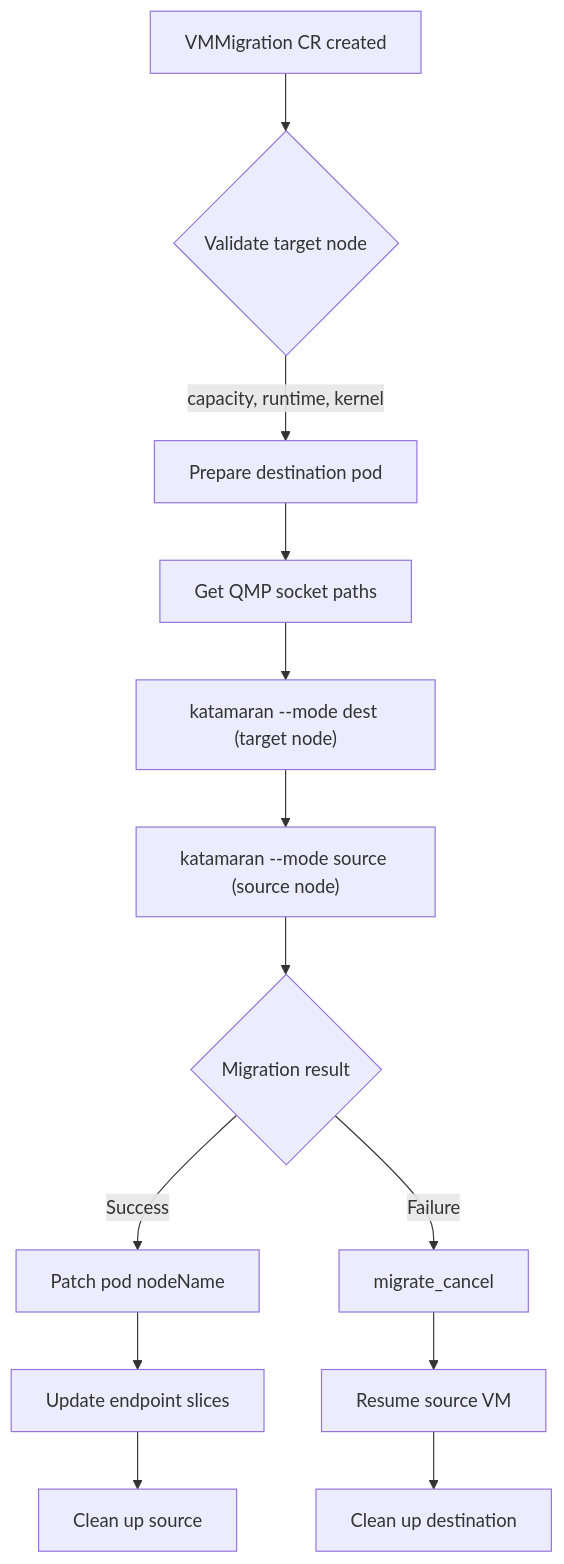
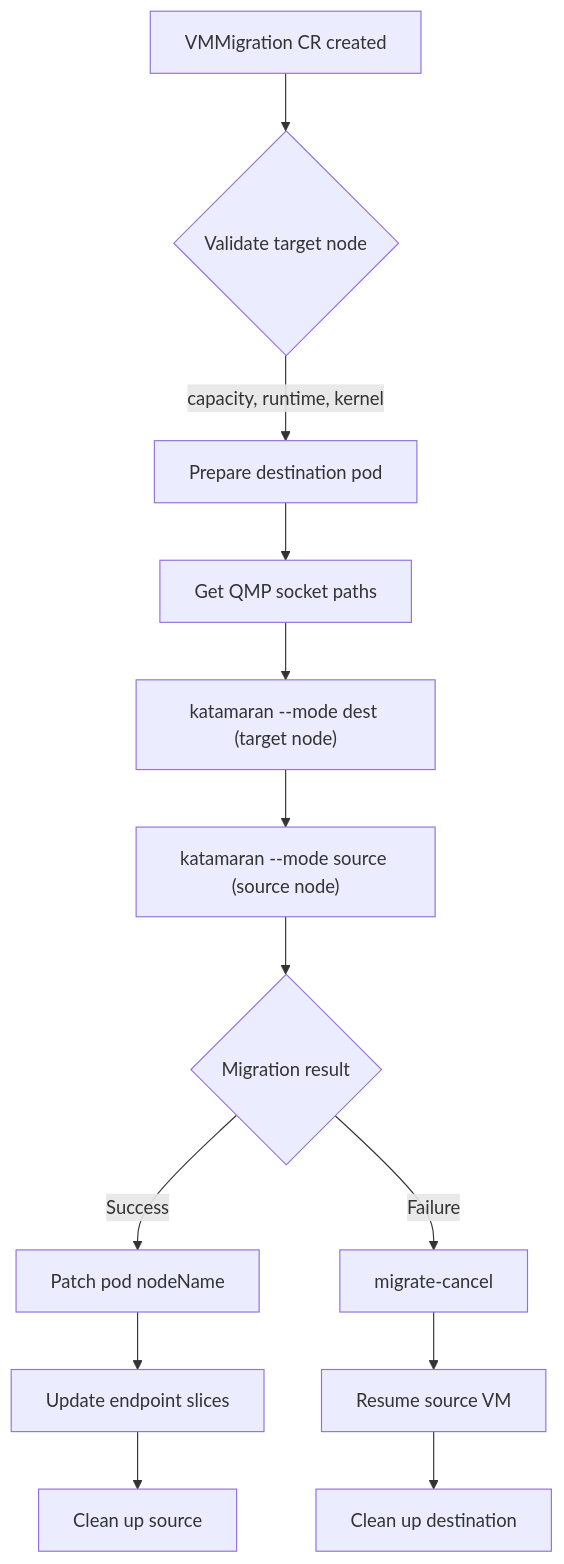
Before and after one commit to maci0/katamaran: the fifth of 5 diagrams in README.md, drawn with Mermaid. The commit also changed other lines of this file and 51 other files, not shown here.

First line of the commit message:
refactor: extract packages, add CI pipeline, and improve dashboard architecture

````diff
--- a/README.md
+++ b/README.md
@@ -531,15 +546,15 @@
 ```mermaid
 flowchart TD
     A[VMMigration CR created] --> B{Validate target node}
     B -->|capacity, runtime, kernel| C[Prepare destination pod]
     C --> D[Get QMP socket paths]
     D --> E["katamaran --mode dest (target node)"]
     E --> F["katamaran --mode source (source node)"]
     F --> G{Migration result}
     G -->|Success| H[Patch pod nodeName]
     H --> I[Update endpoint slices]
     I --> J[Clean up source]
-    G -->|Failure| K[migrate_cancel]
+    G -->|Failure| K[migrate-cancel]
     K --> L[Resume source VM]
     L --> M[Clean up destination]
 ```
````
